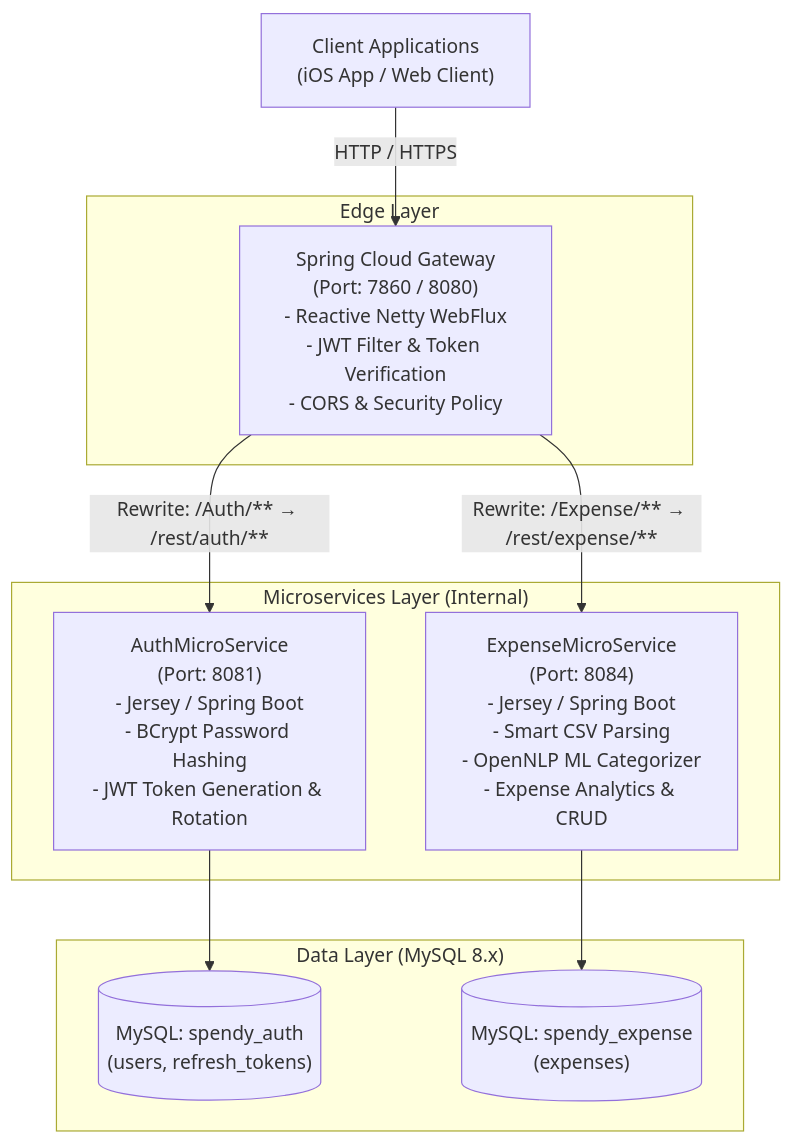
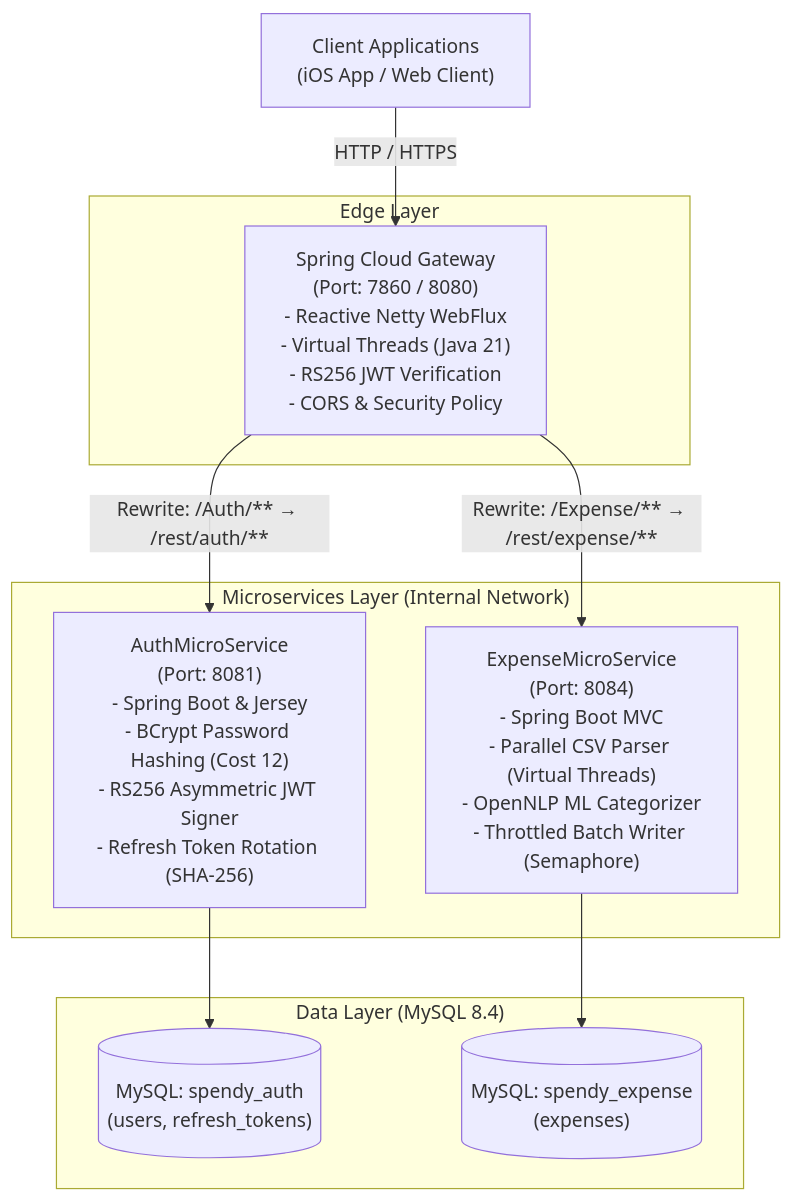
The first of 2 diagrams in README.md (Giusk10/SpendyApp), drawn with Mermaid before and after one commit. The commit also changed other lines of this file and 14 other files, not shown here.

Commit message:
docs: add comprehensive project documentation and architectural decision records

````diff
--- a/README.md
+++ b/README.md
@@ -55,24 +73,24 @@
 ```mermaid
 flowchart TD
     Client["Client Applications<br/>(iOS App / Web Client)"]
     
     subgraph Edge ["Edge Layer"]
-        Gateway["Spring Cloud Gateway<br/>(Port: 7860 / 8080)<br/>- Reactive Netty WebFlux<br/>- JWT Filter & Token Verification<br/>- CORS & Security Policy"]
+        Gateway["Spring Cloud Gateway<br/>(Port: 7860 / 8080)<br/>- Reactive Netty WebFlux<br/>- Virtual Threads (Java 21)<br/>- RS256 JWT Verification<br/>- CORS & Security Policy"]
     end
 
-    subgraph Microservices ["Microservices Layer (Internal)"]
-        AuthService["AuthMicroService<br/>(Port: 8081)<br/>- Jersey / Spring Boot<br/>- BCrypt Password Hashing<br/>- JWT Token Generation & Rotation"]
-        ExpenseService["ExpenseMicroService<br/>(Port: 8084)<br/>- Jersey / Spring Boot<br/>- Smart CSV Parsing<br/>- OpenNLP ML Categorizer<br/>- Expense Analytics & CRUD"]
+    subgraph Microservices ["Microservices Layer (Internal Network)"]
+        AuthService["AuthMicroService<br/>(Port: 8081)<br/>- Spring Boot & Jersey<br/>- BCrypt Password Hashing (Cost 12)<br/>- RS256 Asymmetric JWT Signer<br/>- Refresh Token Rotation (SHA-256)"]
+        ExpenseService["ExpenseMicroService<br/>(Port: 8084)<br/>- Spring Boot MVC<br/>- Parallel CSV Parser (Virtual Threads)<br/>- OpenNLP ML Categorizer<br/>- Throttled Batch Writer (Semaphore)"]
     end
 
-    subgraph DataStore ["Data Layer (MySQL 8.x)"]
+    subgraph DataStore ["Data Layer (MySQL 8.4)"]
         AuthDB[("MySQL: spendy_auth<br/>(users, refresh_tokens)")]
         ExpenseDB[("MySQL: spendy_expense<br/>(expenses)")]
     end
 
     Client -->|HTTP / HTTPS| Gateway
     Gateway -->|Rewrite: /Auth/** &rarr; /rest/auth/**| AuthService
     Gateway -->|Rewrite: /Expense/** &rarr; /rest/expense/**| ExpenseService
     AuthService --> AuthDB
     ExpenseService --> ExpenseDB
 ```
````
